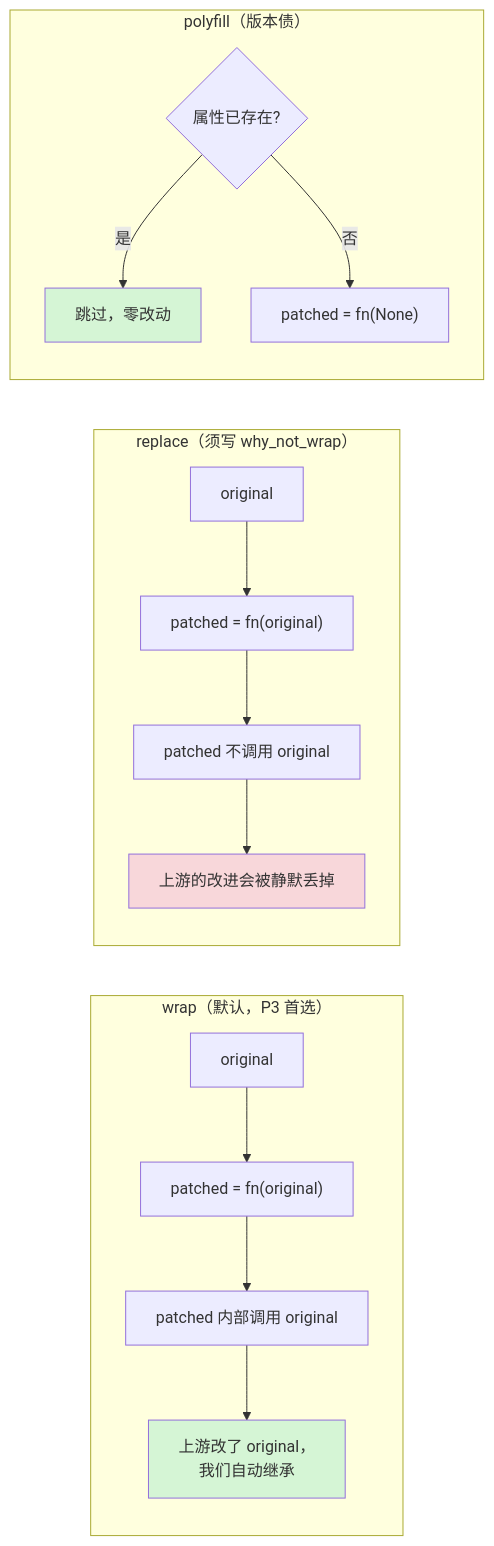
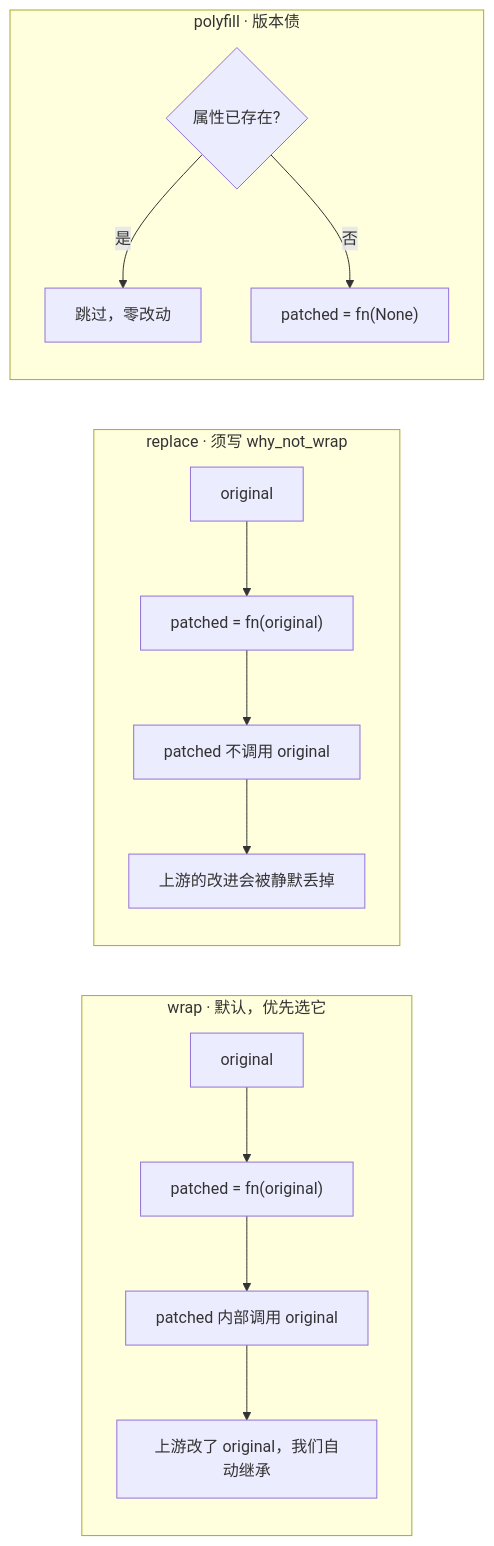
One commit to JavaZeroo/ascend-torchtitan changed the seventh of 15 diagrams in docs/design/shim-and-override.md. Above: the diagram before and after it, drawn with Mermaid. The commit also changed other lines of this file and 1 other file, not shown here.

````diff
--- a/docs/design/shim-and-override.md
+++ b/docs/design/shim-and-override.md
@@ -278,21 +260,17 @@
 ```mermaid
 flowchart LR
-    subgraph W["wrap（默认，P3 首选）"]
+    subgraph W["wrap · 默认，优先选它"]
         W1["original"] --> W2["patched = fn(original)"]
         W2 --> W3["patched 内部调用 original"]
-        W3 --> W4["上游改了 original，<br/>我们自动继承"]
+        W3 --> W4["上游改了 original，我们自动继承"]
     end
-    subgraph R["replace（须写 why_not_wrap）"]
+    subgraph R["replace · 须写 why_not_wrap"]
         R1["original"] --> R2["patched = fn(original)"]
         R2 --> R3["patched 不调用 original"]
         R3 --> R4["上游的改进会被静默丢掉"]
     end
-    subgraph P["polyfill（版本债）"]
+    subgraph P["polyfill · 版本债"]
         P1{"属性已存在?"} -->|是| P2["跳过，零改动"]
         P1 -->|否| P3["patched = fn(None)"]
     end
-
-    style W4 fill:#d5f5d5
-    style R4 fill:#f8d7da
-    style P2 fill:#d5f5d5
 ```
````
